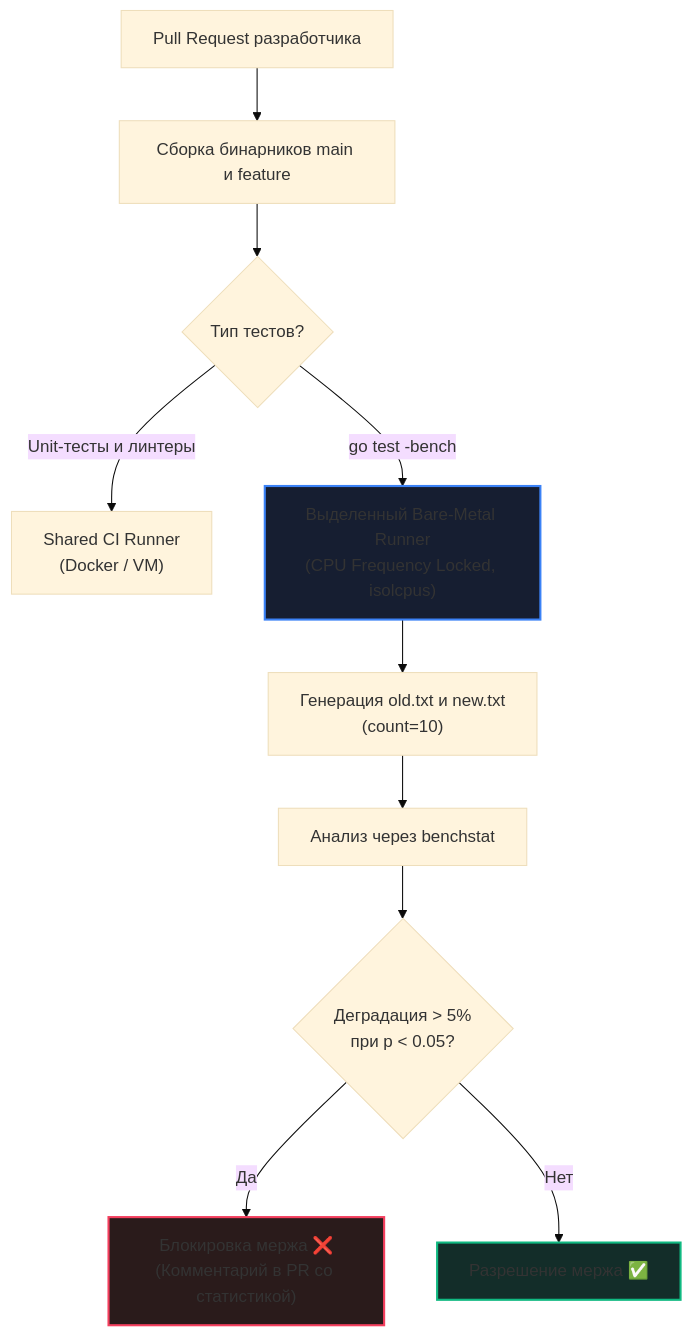
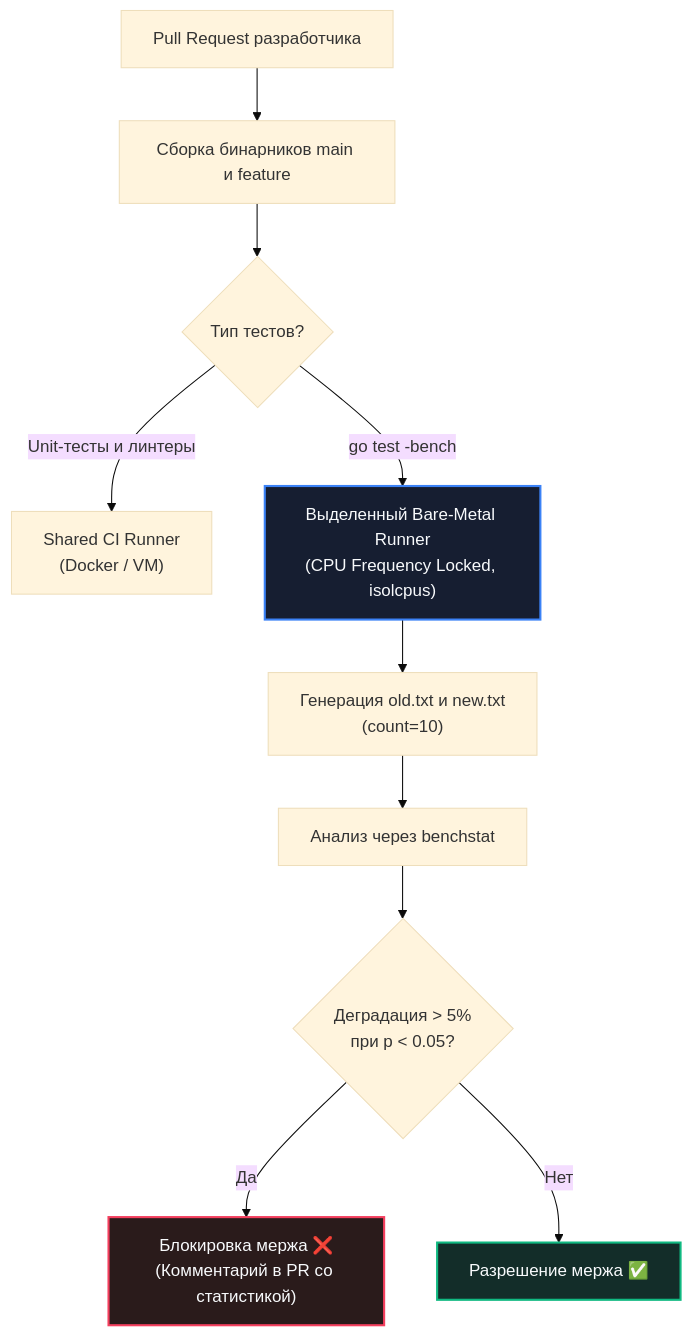
Before and after one commit to UnrealTemplier/go-textbook: the diagram in sources/16. Профилирование, отладка и производительность/10. Highload/5. Performance regression detection.md, drawn with Mermaid (base theme). The commit also changed 310 other files, not shown here.

First line of the commit message:
fix(mermaid): replace light fill colors with dark palette for readability on dark theme

````diff
--- a/sources/16. Профилирование, отладка и производительность/10. Highload/5. Performance regression detection.md
+++ b/sources/16. Профилирование, отладка и производительность/10. Highload/5. Performance regression detection.md
@@ -79,19 +79,19 @@
 ```mermaid
 flowchart TD
     PR["Pull Request разработчика"] --> Build["Сборка бинарников main и feature"]
     Build --> Route{"Тип тестов?"}
     
     Route -- "Unit-тесты и линтеры" --> SharedRunner["Shared CI Runner<br>(Docker / VM)"]
     Route -- "go test -bench" --> MetalRunner["Выделенный Bare-Metal Runner<br>(CPU Frequency Locked, isolcpus)"]
     
     MetalRunner --> Bench["Генерация old.txt и new.txt<br>(count=10)"]
     Bench --> Stat["Анализ через benchstat"]
     Stat --> Verdict{"Деградация > 5%<br>при p < 0.05?"}
     
     Verdict -- "Да" --> Fail["Блокировка мержа ❌<br>(Комментарий в PR со статистикой)"]
     Verdict -- "Нет" --> Pass["Разрешение мержа ✅"]
     
-    style Fail fill:#2a1b1b,stroke:#f43f5e,stroke-width:2px
-    style Pass fill:#132d29,stroke:#10b981,stroke-width:2px
-    style MetalRunner fill:#161e31,stroke:#3b82f6,stroke-width:2px
+    style Fail fill:#2a1b1b,stroke:#f43f5e,stroke-width:2px,color:#f8fafc
+    style Pass fill:#132d29,stroke:#10b981,stroke-width:2px,color:#f8fafc
+    style MetalRunner fill:#161e31,stroke:#3b82f6,stroke-width:2px,color:#f8fafc
 ```
````
